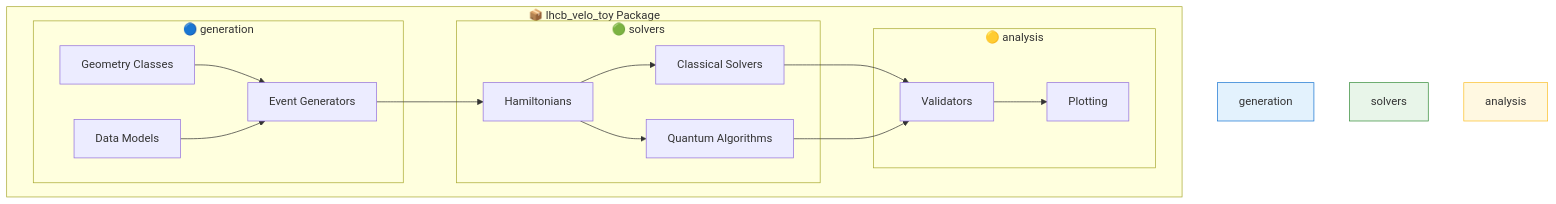
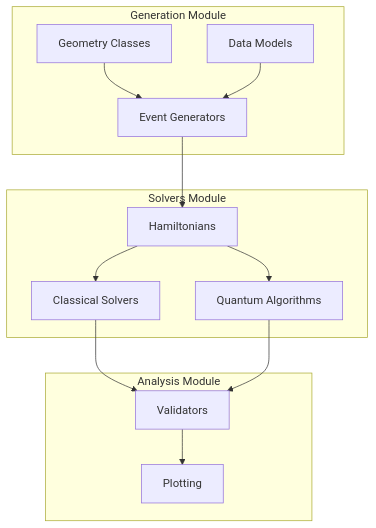
The first of 13 diagrams in docs/FLOW_DIAGRAMS.md (GeorgeWilliam1999/LHCb_VeLo_Toy_Model), drawn with Mermaid before and after one commit. The commit also changed other lines of this file and 1 other file, not shown here.

````diff
--- a/docs/FLOW_DIAGRAMS.md
+++ b/docs/FLOW_DIAGRAMS.md
@@ -23,34 +23,28 @@
 ```mermaid
 graph TB
-    subgraph "📦 lhcb_velo_toy Package"
-        subgraph "🔵 generation"
-            GEO[Geometry Classes]
-            EVG[Event Generators]
-            DAT[Data Models]
-        end
-        
-        subgraph "🟢 solvers"
-            HAM[Hamiltonians]
-            CLS[Classical Solvers]
-            QUA[Quantum Algorithms]
-        end
-        
-        subgraph "🟡 analysis"
-            VAL[Validators]
-            PLT[Plotting]
-        end
+    subgraph generation["Generation Module"]
+        GEO[Geometry Classes]
+        EVG[Event Generators]
+        DAT[Data Models]
+    end
+    
+    subgraph solvers["Solvers Module"]
+        HAM[Hamiltonians]
+        CLS[Classical Solvers]
+        QUA[Quantum Algorithms]
+    end
+    
+    subgraph analysis["Analysis Module"]
+        VAL[Validators]
+        PLT[Plotting]
     end
     
     GEO --> EVG
     DAT --> EVG
     EVG --> HAM
     HAM --> CLS
     HAM --> QUA
     CLS --> VAL
     QUA --> VAL
     VAL --> PLT
-    
-    style generation fill:#e3f2fd,stroke:#1976d2
-    style solvers fill:#e8f5e9,stroke:#388e3c
-    style analysis fill:#fff8e1,stroke:#fbc02d
 ```
````
